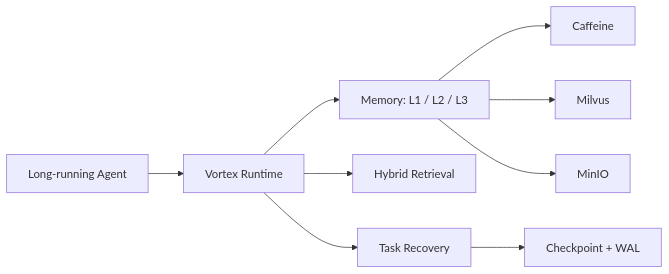
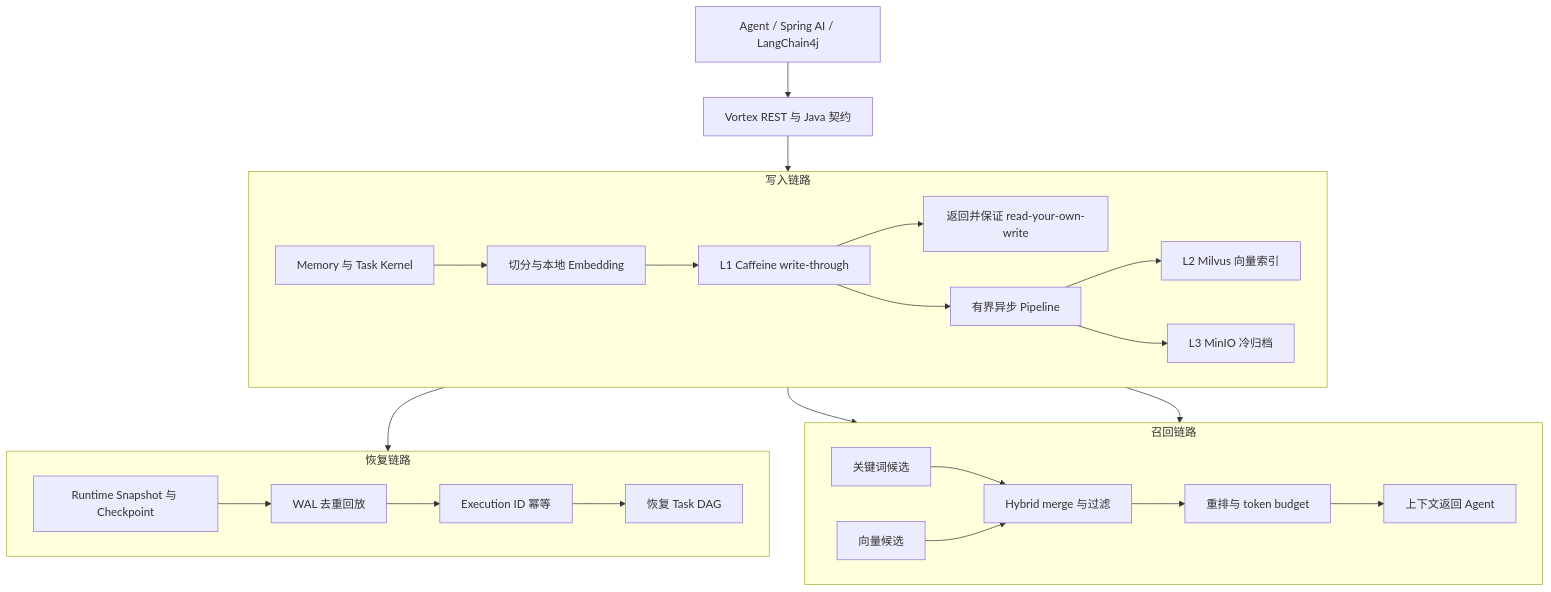
The diagram in README_zh.md (HaibaraAi2517/Vortex), drawn with Mermaid before and after one commit. The commit also changed other lines of this file and 39 other files, not shown here.

````diff
--- a/README_zh.md
+++ b/README_zh.md
@@ -31,11 +29,33 @@
 ```mermaid
-flowchart LR
-    A[Long-running Agent] --> V[Vortex Runtime]
-    V --> M[Memory: L1 / L2 / L3]
-    V --> R[Hybrid Retrieval]
-    V --> S[Task Recovery]
-    M --> C[Caffeine]
-    M --> MV[Milvus]
-    M --> IO[MinIO]
-    S --> W[Checkpoint + WAL]
+flowchart TB
+    A[Agent / Spring AI / LangChain4j] --> API[Vortex REST 与 Java 契约]
+    API --> K[Memory 与 Task Kernel]
+
+    subgraph W[写入链路]
+        direction LR
+        K --> E[切分与本地 Embedding]
+        E --> L1[L1 Caffeine write-through]
+        L1 --> ACK[返回并保证 read-your-own-write]
+        L1 --> P[有界异步 Pipeline]
+        P --> L2[L2 Milvus 向量索引]
+        P --> L3[L3 MinIO 冷归档]
+    end
+
+    subgraph R[召回链路]
+        direction LR
+        K --> KW[关键词候选]
+        K --> VC[向量候选]
+        KW --> H[Hybrid merge 与过滤]
+        VC --> H
+        H --> B[重排与 token budget]
+        B --> CTX[上下文返回 Agent]
+    end
+
+    subgraph S[恢复链路]
+        direction LR
+        K --> CP[Runtime Snapshot 与 Checkpoint]
+        CP --> WAL[WAL 去重回放]
+        WAL --> ID[Execution ID 幂等]
+        ID --> RES[恢复 Task DAG]
+    end
 ```
````
